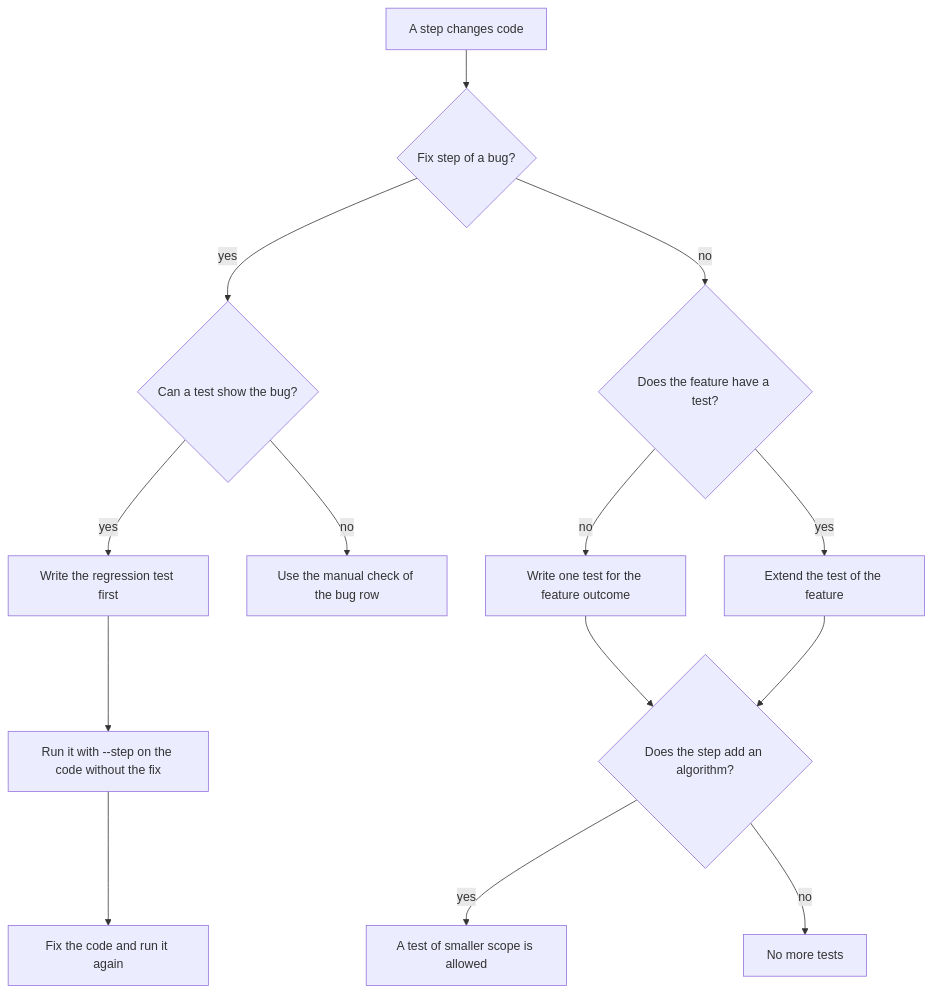
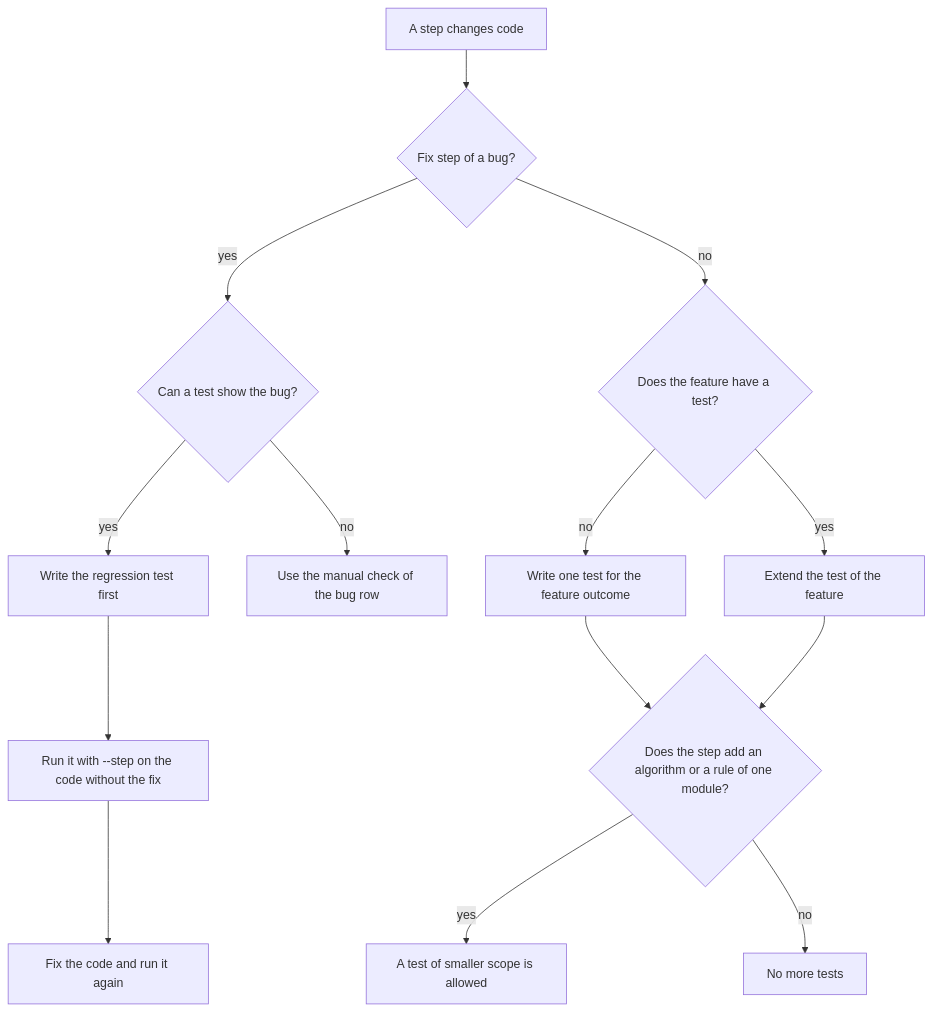
One commit to dskw/ai-template changed the diagram in docs/TEST_CONVENTIONS.md. Above: the diagram before and after it, drawn with Mermaid. The commit also changed other lines of this file and 54 other files, not shown here.

````diff
--- a/docs/TEST_CONVENTIONS.md
+++ b/docs/TEST_CONVENTIONS.md
@@ -47,16 +50,16 @@
 ```mermaid
 flowchart TD
     start[A step changes code] --> bug{Fix step of a bug?}
     bug -->|yes| show{Can a test show the bug?}
     show -->|yes| regression[Write the regression test first]
     show -->|no| manual[Use the manual check of the bug row]
     regression --> failing[Run it with --step on the code without the fix]
     failing --> passing[Fix the code and run it again]
     bug -->|no| exists{Does the feature have a test?}
     exists -->|yes| extend[Extend the test of the feature]
     exists -->|no| feature[Write one test for the feature outcome]
-    feature --> algorithm{Does the step add an algorithm?}
+    feature --> algorithm{Does the step add an algorithm or a rule of one module?}
     extend --> algorithm
     algorithm -->|yes| small[A test of smaller scope is allowed]
     algorithm -->|no| done[No more tests]
 ```
````
